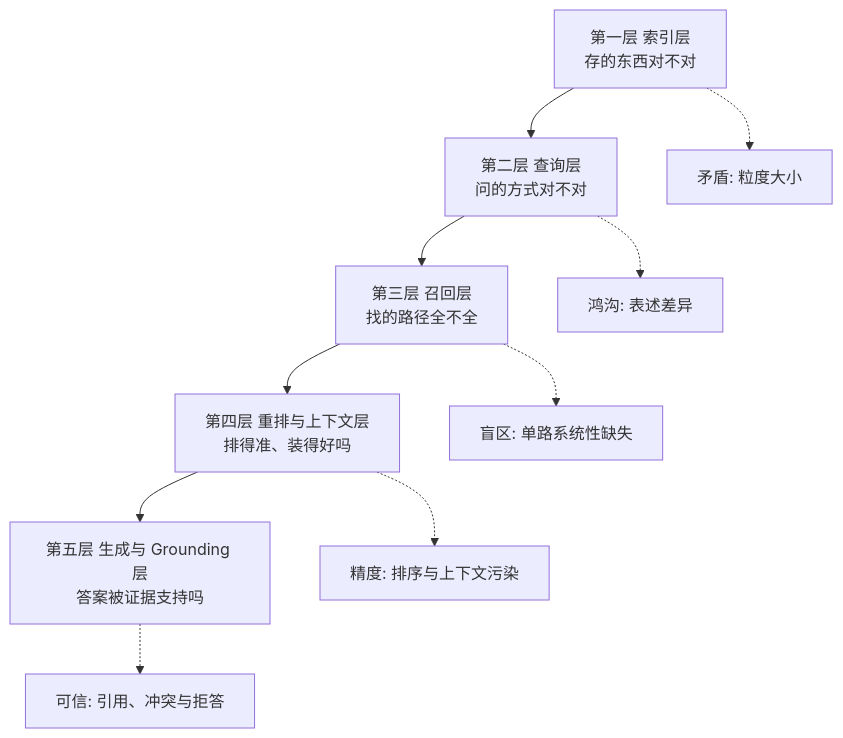
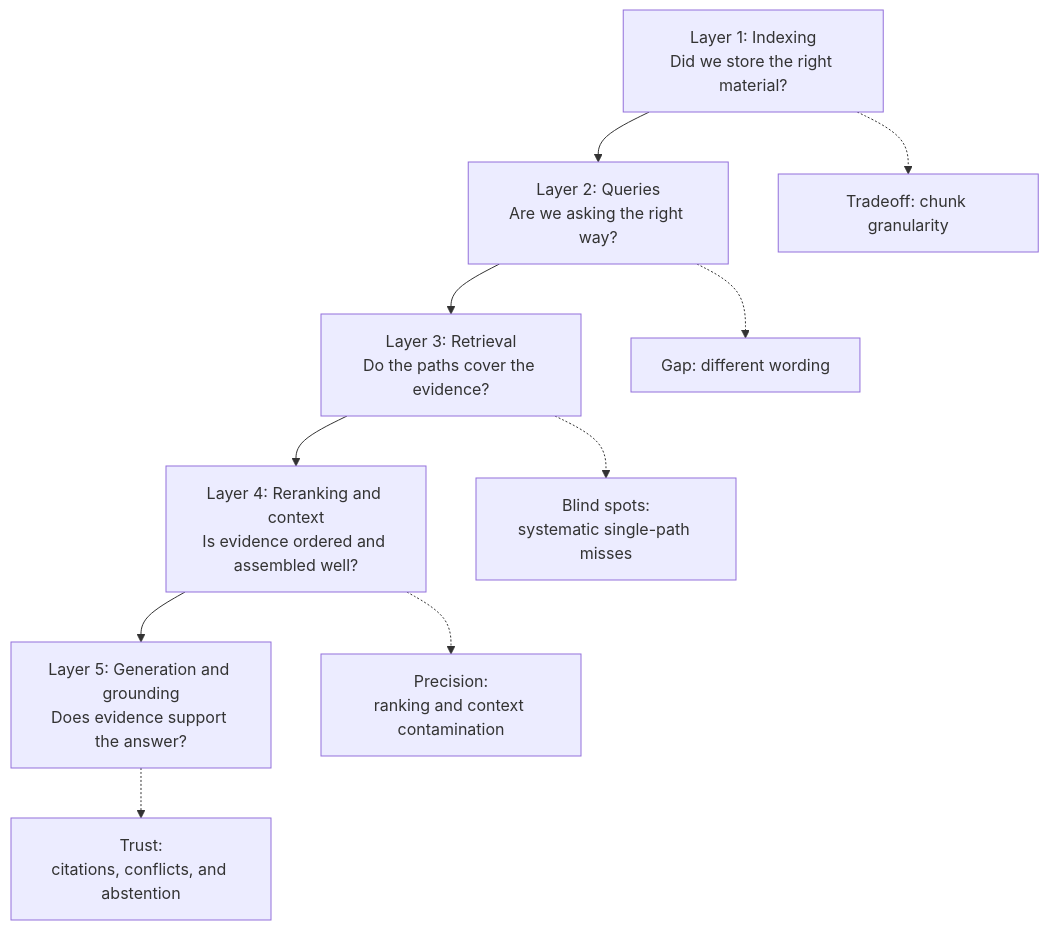
One commit to oneleaveknowsthefall/awesome-ai-roadmap changed the first of 3 diagrams in docs/rag/03-retrieval/14-retrieval-optimization.md. Above: the diagram before and after it, drawn with Mermaid. The commit also changed other lines of this file and 60 other files, not shown here.

````diff
--- a/docs/rag/03-retrieval/14-retrieval-optimization.md
+++ b/docs/rag/03-retrieval/14-retrieval-optimization.md
@@ -15,13 +15,13 @@
 ```mermaid
 flowchart TB
-    L1[第一层 索引层<br/>存的东西对不对] --> L2[第二层 查询层<br/>问的方式对不对]
-    L2 --> L3[第三层 召回层<br/>找的路径全不全]
-    L3 --> L4[第四层 重排与上下文层<br/>排得准、装得好吗]
-    L4 --> L5[第五层 生成与 Grounding 层<br/>答案被证据支持吗]
+    L1[Layer 1: Indexing<br/>Did we store the right material?] --> L2[Layer 2: Queries<br/>Are we asking the right way?]
+    L2 --> L3[Layer 3: Retrieval<br/>Do the paths cover the evidence?]
+    L3 --> L4[Layer 4: Reranking and context<br/>Is evidence ordered and assembled well?]
+    L4 --> L5[Layer 5: Generation and grounding<br/>Does evidence support the answer?]
 
-    L1 -.-> P1[矛盾: 粒度大小]
-    L2 -.-> P2[鸿沟: 表述差异]
-    L3 -.-> P3[盲区: 单路系统性缺失]
-    L4 -.-> P4[精度: 排序与上下文污染]
-    L5 -.-> P5[可信: 引用、冲突与拒答]
+    L1 -.-> P1[Tradeoff: chunk granularity]
+    L2 -.-> P2[Gap: different wording]
+    L3 -.-> P3[Blind spots:<br/>systematic single-path misses]
+    L4 -.-> P4[Precision:<br/>ranking and context contamination]
+    L5 -.-> P5[Trust:<br/>citations, conflicts, and abstention]
 ```
````
